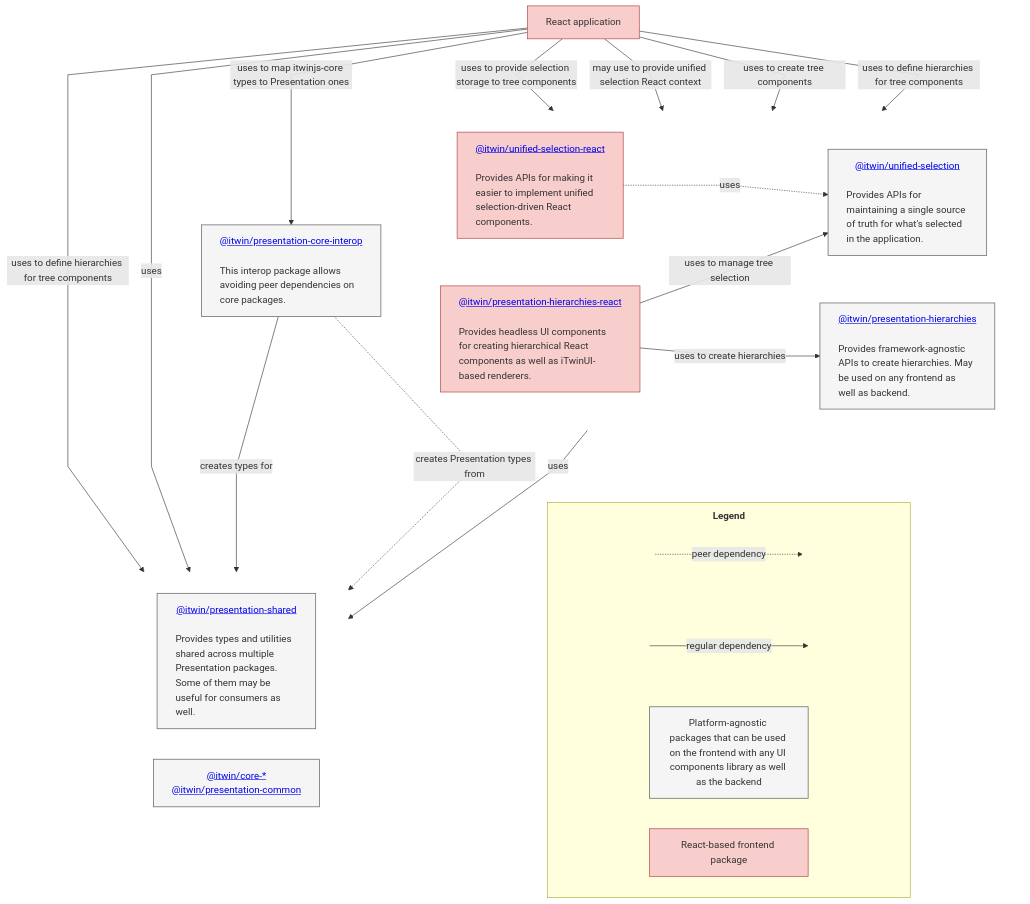
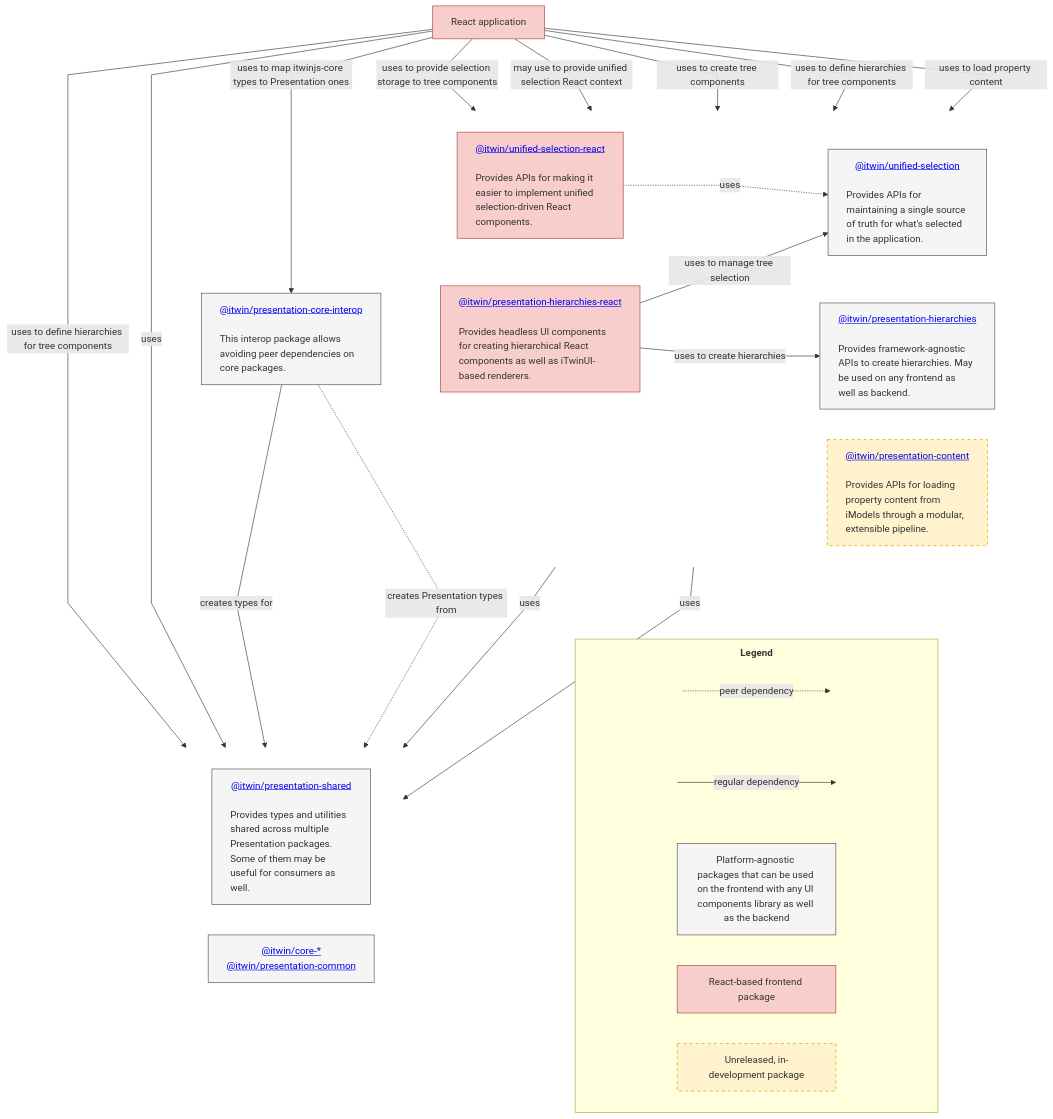
Before and after one commit to iTwin/presentation: the diagram in README.md, drawn with Mermaid. The commit also changed other lines of this file and 1 other file, not shown here.

````diff
--- a/README.md
+++ b/README.md
@@ -67,69 +73,75 @@
 ```mermaid
 %%{init: {"flowchart": {"htmlLabels": true, "curve": "linear", "nodeSpacing": 50, "rankSpacing": 70}}}%%
 flowchart TB
   app["React application"]
 
   subgraph tier1[ ]
     direction LR
     pkgUnifiedSelection["<div style='text-align:center;white-space:nowrap;'><a href='./packages/unified-selection/README.md'>@itwin/unified-selection</a></div><br/><div style='text-align:left;font-weight:normal;'>Provides APIs for maintaining a single source of truth for what's selected in the application.</div>"]
     pkgUnifiedSelectionReact["<div style='text-align:center;white-space:nowrap;'><a href='./packages/unified-selection-react/README.md'>@itwin/unified-selection-react</a></div><br/><div style='text-align:left;font-weight:normal;'>Provides APIs for making it easier to implement unified selection-driven React components.</div>"]
     pkgHierarchiesReact["<div style='text-align:center;white-space:nowrap;'><a href='./packages/hierarchies-react/README.md'>@itwin/presentation-hierarchies-react</a></div><br/><div style='text-align:left;font-weight:normal;'>Provides headless UI components for creating hierarchical React components as well as iTwinUI-based renderers.</div>"]
     pkgHierarchies["<div style='text-align:center;white-space:nowrap;'><a href='./packages/hierarchies/README.md'>@itwin/presentation-hierarchies</a></div><br/><div style='text-align:left;font-weight:normal;'>Provides framework-agnostic APIs to create hierarchies. May be used on any frontend as well as backend.</div>"]
+    pkgContent["<div style='text-align:center;white-space:nowrap;'><a href='./packages/content/README.md'>@itwin/presentation-content</a></div><br/><div style='text-align:left;font-weight:normal;'>Provides APIs for loading property content from iModels through a modular, extensible pipeline.</div>"]
   end
 
   pkgCoreInterop["<div style='text-align:center;white-space:nowrap;'><a href='./packages/core-interop/README.md'>@itwin/presentation-core-interop</a></div><br/><div style='text-align:left;font-weight:normal;'>This interop package allows avoiding peer dependencies on core packages.</div>"]
 
   subgraph tier3[ ]
     direction LR
     pkgShared["<div style='text-align:center;white-space:nowrap;'><a href='./packages/shared/README.md'>@itwin/presentation-shared</a></div><br/><div style='text-align:left;font-weight:normal;'>Provides types and utilities shared across multiple Presentation packages. Some of them may be useful for consumers as well.</div>"]
     pkgCoreLegacy["<div style='text-align:center;white-space:nowrap;'><a href='https://www.itwinjs.org/learning/'>@itwin/core-*</a><br/><a href='https://www.npmjs.com/package/@itwin/presentation-common'>@itwin/presentation-common</a></div>"]
   end
 
   app -->|uses to provide selection storage to tree components| pkgUnifiedSelection
   app -->|may use to provide unified selection React context| pkgUnifiedSelectionReact
   app -->|uses to create tree components| pkgHierarchiesReact
   app -->|uses to define hierarchies for tree components| pkgHierarchies
+  app -->|uses to load property content| pkgContent
   app -->|uses to define hierarchies for tree components| pkgShared
   app -->|uses to map itwinjs-core types to Presentation ones| pkgCoreInterop
   app -->|uses| pkgCoreLegacy
 
   pkgUnifiedSelectionReact -.->|uses| pkgUnifiedSelection
   pkgHierarchiesReact -->|uses to manage tree selection| pkgUnifiedSelection
   pkgHierarchiesReact -->|uses to create hierarchies| pkgHierarchies
   pkgHierarchies -->|uses| pkgShared
+  pkgContent -->|uses| pkgShared
   pkgCoreInterop -->|creates types for| pkgShared
   pkgCoreInterop -.->|creates Presentation types from| pkgCoreLegacy
 
   subgraph Legend["<div style='font-weight: bold; padding: 10px'>Legend</div>"]
     direction LR
     lGray["Platform-agnostic packages that can be used on the frontend with any UI components library as well as the backend"]:::clsPlatformAgnosticPackageNode
     lRed["React-based frontend package"]:::clsReactPackageNode
+    lYellow["Unreleased, in-development package"]:::clsUnreleasedPackageNode
 
     subgraph legendRegular[ ]
       direction LR
       legendN1[ ] -->|regular dependency| legendN2[ ]
     end
 
     subgraph legendPeer[ ]
       direction LR
       legendN3[ ] -.->|peer dependency| legendN4[ ]
     end
   end
 
   tier1 ~~~ Legend
 
   style tier1 fill:none,stroke:none
   style tier3 fill:none,stroke:none
   style legendRegular fill:none,stroke:none
   style legendPeer fill:none,stroke:none
   style legendN1 fill:none,stroke:none,color:none
   style legendN2 fill:none,stroke:none,color:none
   style legendN3 fill:none,stroke:none,color:none
   style legendN4 fill:none,stroke:none,color:none
 
   classDef clsReactPackageNode fill:#f8cecc,stroke:#b85450,color:#333333,stroke-width:1.2px;
   classDef clsPlatformAgnosticPackageNode fill:#f5f5f5,stroke:#666666,color:#333333,stroke-width:1.2px;
+  classDef clsUnreleasedPackageNode fill:#fff2cc,stroke:#d6ae00,color:#333333,stroke-width:1.2px,stroke-dasharray:5 5;
 
   class app,pkgHierarchiesReact,pkgUnifiedSelectionReact clsReactPackageNode;
   class pkgHierarchies,pkgUnifiedSelection,pkgCoreInterop,pkgShared,pkgCoreLegacy clsPlatformAgnosticPackageNode;
+  class pkgContent clsUnreleasedPackageNode;
 ```
````
